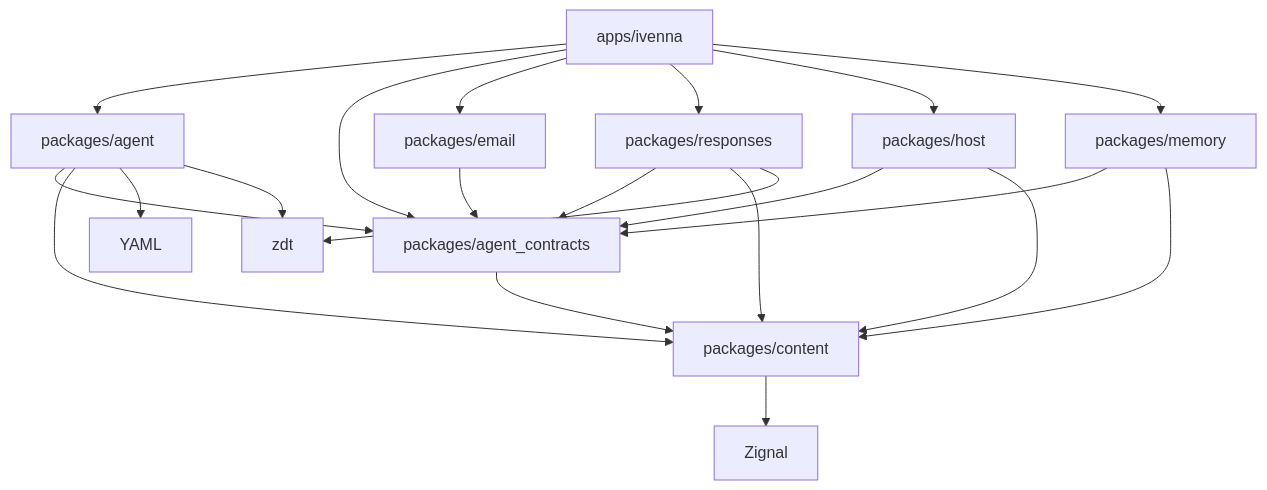
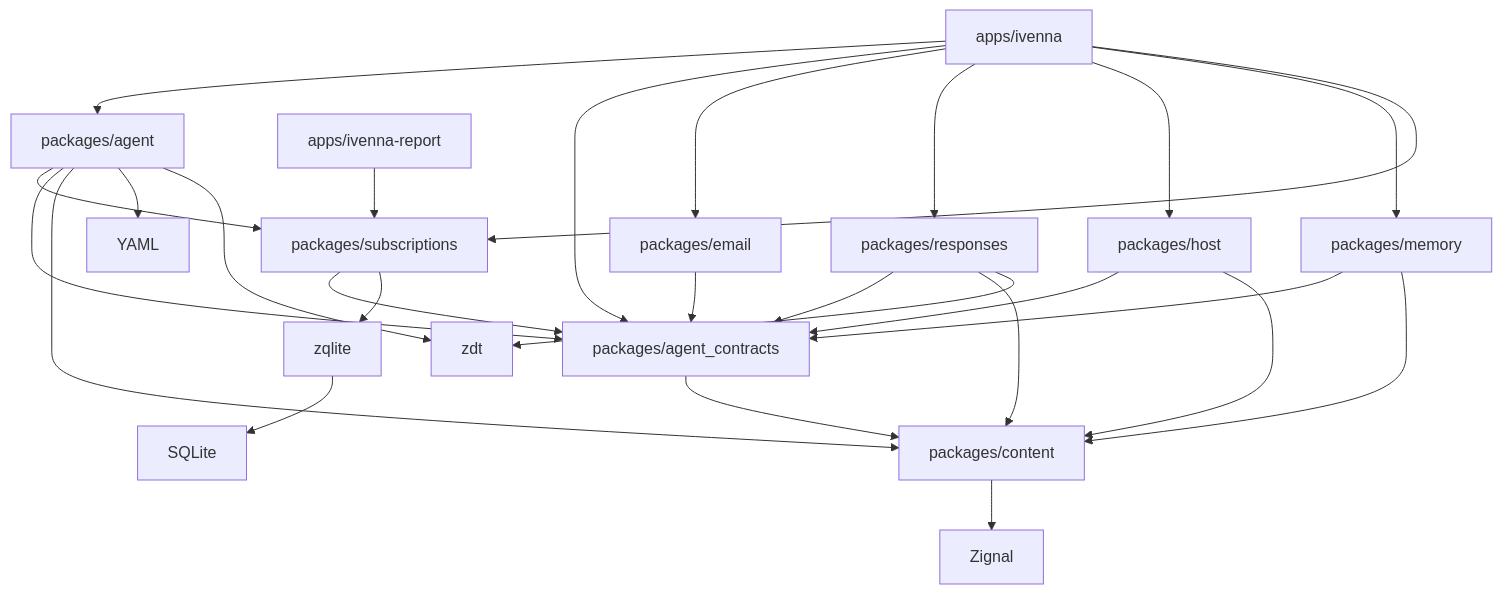
One commit to Ivenna/Ivenna changed the diagram in docs/architecture.md. Above: the diagram before and after it, drawn with Mermaid. The commit also changed other lines of this file and 47 other files, not shown here.

````diff
--- a/docs/architecture.md
+++ b/docs/architecture.md
@@ -25,23 +27,29 @@
 ```mermaid
 flowchart TD
     App[apps/ivenna] --> Agent[packages/agent]
     App --> Contracts[packages/agent_contracts]
     App --> Email[packages/email]
     App --> Responses[packages/responses]
     App --> Host[packages/host]
     App --> Memory[packages/memory]
+    App --> Subscriptions[packages/subscriptions]
+    Report[apps/ivenna-report] --> Subscriptions
+    Agent --> Subscriptions
+    Subscriptions --> Contracts
+    Subscriptions --> Zqlite[zqlite]
+    Zqlite --> SQLite[SQLite]
     Agent --> Contracts
     Email --> Contracts
     Responses --> Contracts
     Host --> Contracts
     Memory --> Contracts
     Host --> Content[packages/content]
     Memory --> Content
     Responses --> Content
     Agent --> Content
     Contracts --> Content
     Content --> Zignal[Zignal]
     Agent --> YAML[YAML]
     Agent --> Zdt[zdt]
     Responses --> Zdt
 ```
````
